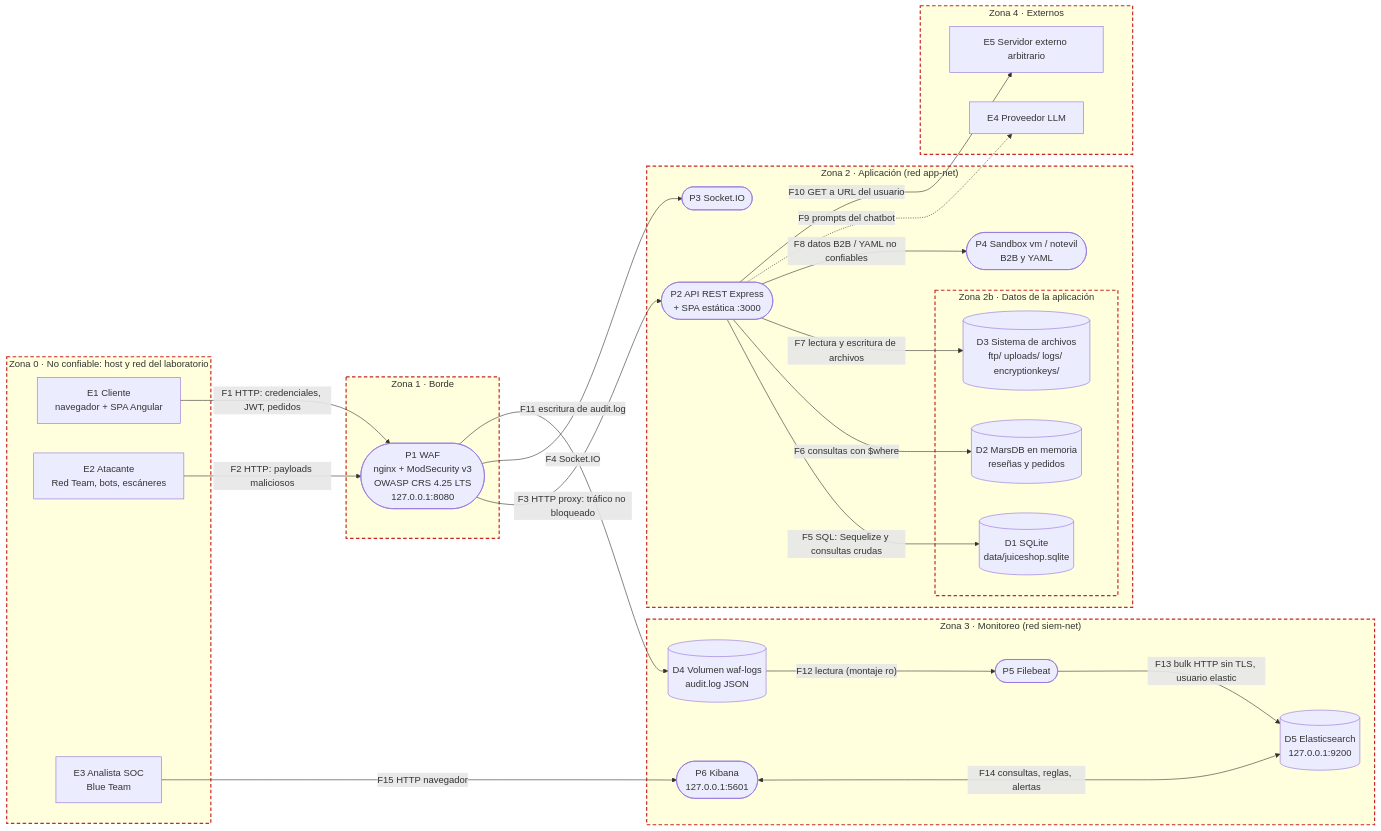
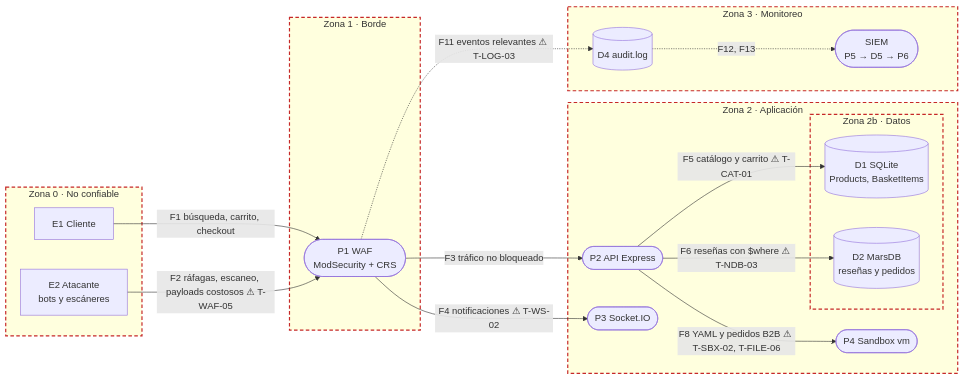
Before and after one commit to josuemj/juice-shop: the second of 7 diagrams in docs/hito-1/blue-team-h1.md, drawn with Mermaid. The commit also changed other lines of this file, not shown here.

````diff
--- a/docs/hito-1/blue-team-h1.md
+++ b/docs/hito-1/blue-team-h1.md
@@ -198,58 +265,39 @@
 ```mermaid
 flowchart LR
-  subgraph Z0["Zona 0 · No confiable: host y red del laboratorio"]
-    E1["E1 Cliente<br/>navegador + SPA Angular"]
-    E2["E2 Atacante<br/>Red Team, bots, escáneres"]
-    E3["E3 Analista SOC<br/>Blue Team"]
+  subgraph Z0["Zona 0 · No confiable"]
+    E1["E1 Cliente"]
+    E2["E2 Atacante<br/>bots y escáneres"]
+  end
+  subgraph Z1["Zona 1 · Borde"]
+    P1(["P1 WAF<br/>ModSecurity + CRS"])
+  end
+  subgraph Z2["Zona 2 · Aplicación"]
+    P2(["P2 API Express"])
+    P3(["P3 Socket.IO"])
+    P4(["P4 Sandbox vm"])
+    subgraph Z2D["Zona 2b · Datos"]
+      D1[("D1 SQLite<br/>Products, BasketItems")]
+      D2[("D2 MarsDB<br/>reseñas y pedidos")]
+    end
+  end
+  subgraph Z3["Zona 3 · Monitoreo"]
+    D4[("D4 audit.log")]
+    SIEM(["SIEM<br/>P5 → D5 → P6"])
   end
 
-  subgraph Z1["Zona 1 · Borde"]
-    P1(["P1 WAF<br/>nginx + ModSecurity v3<br/>OWASP CRS 4.25 LTS<br/>127.0.0.1:8080"])
-  end
-
-  subgraph Z2["Zona 2 · Aplicación (red app-net)"]
-    P2(["P2 API REST Express<br/>+ SPA estática :3000"])
-    P3(["P3 Socket.IO"])
-    P4(["P4 Sandbox vm / notevil<br/>B2B y YAML"])
-    subgraph Z2D["Zona 2b · Datos de la aplicación"]
-      D1[("D1 SQLite<br/>data/juiceshop.sqlite")]
-      D2[("D2 MarsDB en memoria<br/>reseñas y pedidos")]
-      D3[("D3 Sistema de archivos<br/>ftp/ uploads/ logs/ encryptionkeys/")]
-    end
-  end
-
-  subgraph Z3["Zona 3 · Monitoreo (red siem-net)"]
-    D4[("D4 Volumen waf-logs<br/>audit.log JSON")]
-    P5(["P5 Filebeat"])
-    D5[("D5 Elasticsearch<br/>127.0.0.1:9200")]
-    P6(["P6 Kibana<br/>127.0.0.1:5601"])
-  end
-
-  subgraph Z4["Zona 4 · Externos"]
-    E4["E4 Proveedor LLM"]
-    E5["E5 Servidor externo arbitrario"]
-  end
-
-  E1 -->|"F1 HTTP: credenciales, JWT, pedidos"| P1
-  E2 -->|"F2 HTTP: payloads maliciosos"| P1
-  P1 -->|"F3 HTTP proxy: tráfico no bloqueado"| P2
-  P1 -->|"F4 Socket.IO"| P3
-  P2 -->|"F5 SQL: Sequelize y consultas crudas"| D1
-  P2 -->|"F6 consultas con $where"| D2
-  P2 -->|"F7 lectura y escritura de archivos"| D3
-  P2 -->|"F8 datos B2B / YAML no confiables"| P4
-  P2 -.->|"F9 prompts del chatbot"| E4
-  P2 -->|"F10 GET a URL del usuario"| E5
-  P1 -->|"F11 escritura de audit.log"| D4
-  D4 -->|"F12 lectura (montaje ro)"| P5
-  P5 -->|"F13 bulk HTTP sin TLS, usuario elastic"| D5
-  P6 <-->|"F14 consultas, reglas, alertas"| D5
-  E3 -->|"F15 HTTP navegador"| P6
+  E1 -->|"F1 búsqueda, carrito, checkout"| P1
+  E2 -->|"F2 ráfagas, escaneo, payloads costosos ⚠ T-WAF-05"| P1
+  P1 -->|"F3 tráfico no bloqueado"| P2
+  P1 -->|"F4 notificaciones ⚠ T-WS-02"| P3
+  P2 -->|"F5 catálogo y carrito ⚠ T-CAT-01"| D1
+  P2 -->|"F6 reseñas con $where ⚠ T-NDB-03"| D2
+  P2 -->|"F8 YAML y pedidos B2B ⚠ T-SBX-02, T-FILE-06"| P4
+  P1 -.->|"F11 eventos relevantes ⚠ T-LOG-03"| D4
+  D4 -.->|"F12, F13"| SIEM
 
   style Z0 stroke:#c62828,stroke-width:2px,stroke-dasharray:6 4
   style Z1 stroke:#c62828,stroke-width:2px,stroke-dasharray:6 4
   style Z2 stroke:#c62828,stroke-width:2px,stroke-dasharray:6 4
   style Z2D stroke:#c62828,stroke-width:2px,stroke-dasharray:6 4
   style Z3 stroke:#c62828,stroke-width:2px,stroke-dasharray:6 4
-  style Z4 stroke:#c62828,stroke-width:2px,stroke-dasharray:6 4
 ```
````
